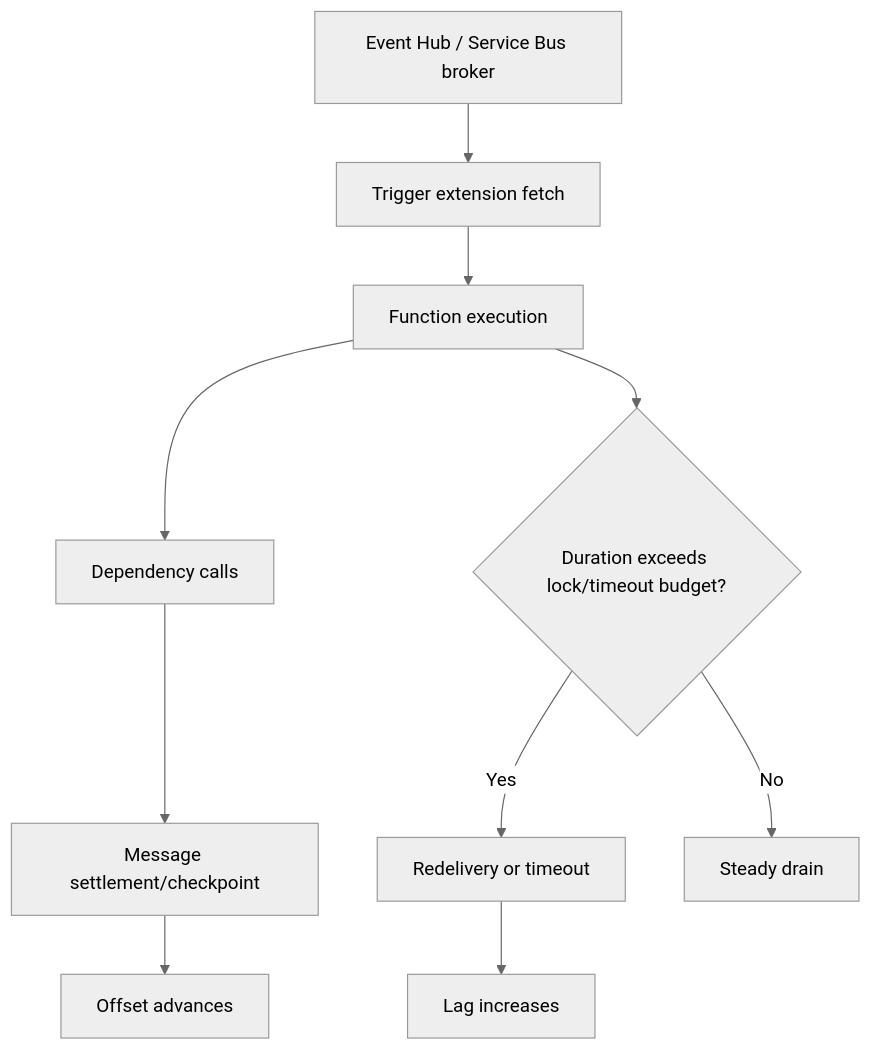
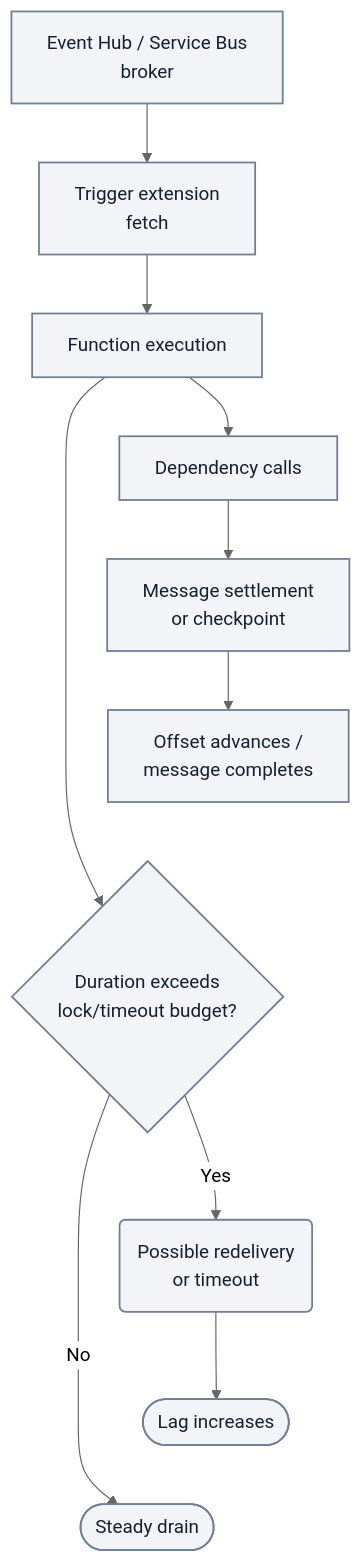
One commit to yeongseon/azure-functions-practical-guide changed the third of 3 diagrams in docs/troubleshooting/playbooks/triggers/event-hub-service-bus-lag.md. Above: the diagram before and after it, drawn with Mermaid (neutral theme). The commit also changed other lines of this file and 2 other files, not shown here.

First line of the commit message:
docs(diagrams): migrate Functions playbooks triggers — event hub service bus lag and timeout execution limit (#447)

````diff
--- a/docs/troubleshooting/playbooks/triggers/event-hub-service-bus-lag.md
+++ b/docs/troubleshooting/playbooks/triggers/event-hub-service-bus-lag.md
@@ -339,12 +361,19 @@
 ```mermaid
 flowchart TD
-    A["Event Hub / Service Bus broker"] --> B[Trigger extension fetch]
-    B --> C[Function execution]
-    C --> D[Dependency calls]
-    D --> E["Message settlement/checkpoint"]
-    E --> F[Offset advances]
-    C --> G{"Duration exceeds lock/timeout budget?"}
-    G -->|Yes| H[Redelivery or timeout]
-    H --> I[Lag increases]
-    G -->|No| J[Steady drain]
+    accTitle: Broker-to-function bottleneck checks
+    accDescr: Logical processing stages, not network initiator arrows. Broker fetch, execution and dependency calls lead to settlement or checkpoint progress. The duration check retains Yes to possible redelivery or timeout and increased lag, and No to steady drain under the illustrated assumptions.
+    A["Event Hub / Service Bus<br/>broker"] --> B["Trigger extension<br/>fetch"]
+    B --> C["Function execution"]
+    C --> D["Dependency calls"]
+    D --> E["Message settlement<br/>or checkpoint"]
+    E --> F["Offset advances /<br/>message completes"]
+    C --> G{"Duration exceeds<br/>lock/timeout budget?"}
+    G -->|Yes| H("Possible redelivery<br/>or timeout")
+    H --> I(["Lag increases"])
+    G -->|No| J(["Steady drain"])
+    %% Layout-only links serialize branches; they add no diagnostic steps or arrows.
+    F ~~~ G
+    I ~~~ J
+    classDef neutral fill:#f2f4f8,stroke:#707e93,stroke-width:1.5px,color:#14202e;
+    class A,B,C,D,E,F,G,H,I,J neutral;
 ```
````
